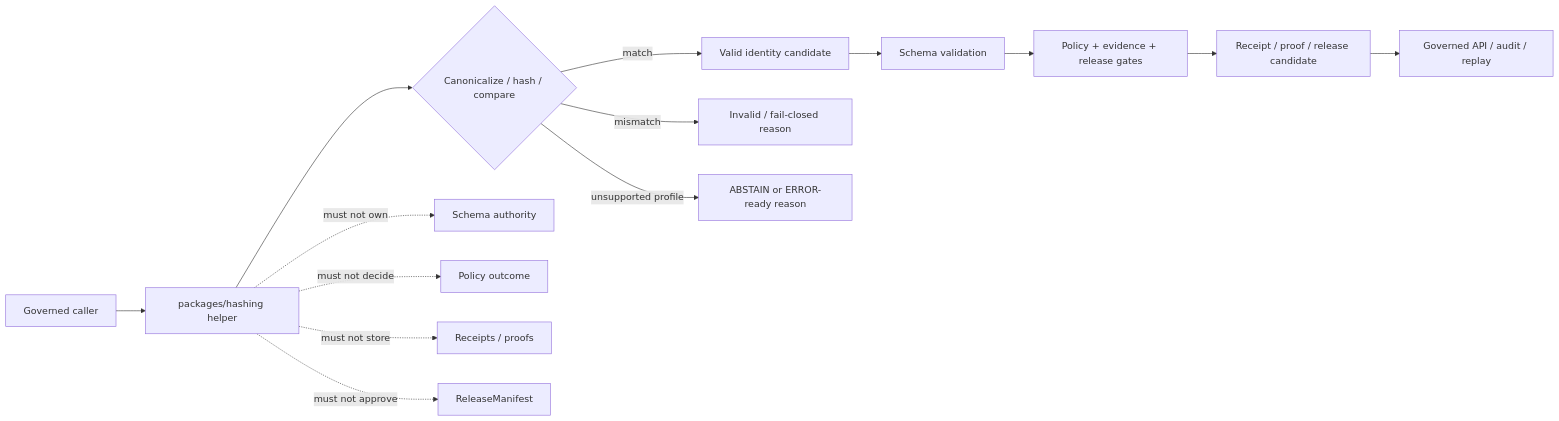
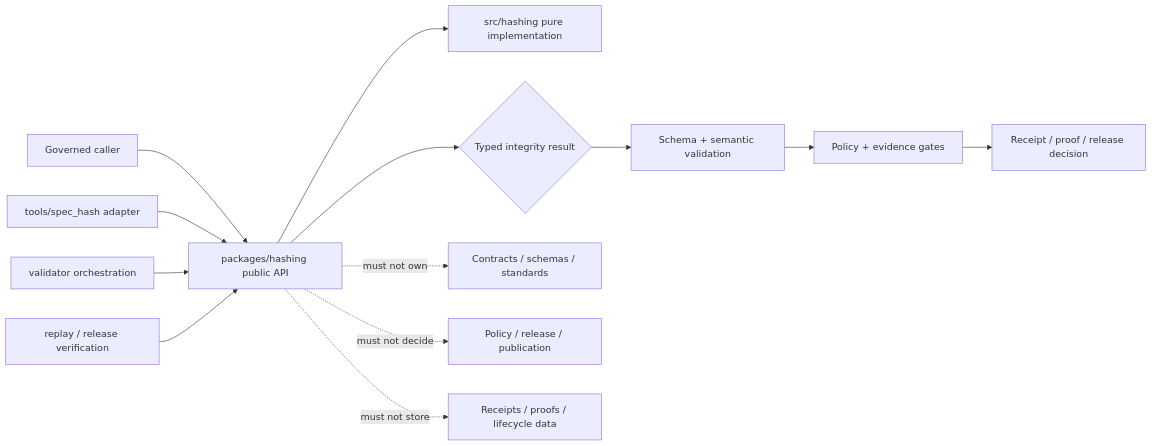
One commit to bartytime4life/Kansas-Frontier-Matrix changed the diagram in packages/hashing/README.md. Above: the diagram before and after it, drawn with Mermaid. The commit also changed other lines of this file, not shown here.

Commit message:
docs(hashing): ground package boundary

````diff
--- a/packages/hashing/README.md
+++ b/packages/hashing/README.md
@@ -194,17 +625,17 @@
 ```mermaid
 flowchart LR
-    A[Governed caller] --> B[packages/hashing helper]
-    B --> C{Canonicalize / hash / compare}
-    C -->|match| D[Valid identity candidate]
-    C -->|mismatch| E[Invalid / fail-closed reason]
-    C -->|unsupported profile| F[ABSTAIN or ERROR-ready reason]
-    D --> G[Schema validation]
-    G --> H[Policy + evidence + release gates]
-    H --> I[Receipt / proof / release candidate]
-    I --> J[Governed API / audit / replay]
+    C[Governed caller] --> P[packages/hashing public API]
+    P --> S[src/hashing pure implementation]
+    T[tools/spec_hash adapter] --> P
+    V[validator orchestration] --> P
+    R[replay / release verification] --> P
 
-    B -. must not own .-> K[Schema authority]
-    B -. must not decide .-> L[Policy outcome]
-    B -. must not store .-> M[Receipts / proofs]
-    B -. must not approve .-> N[ReleaseManifest]
+    P --> O{Typed integrity result}
+    O --> SV[Schema + semantic validation]
+    SV --> PE[Policy + evidence gates]
+    PE --> RR[Receipt / proof / release decision]
+
+    P -. must not own .-> A[Contracts / schemas / standards]
+    P -. must not decide .-> B[Policy / release / publication]
+    P -. must not store .-> D[Receipts / proofs / lifecycle data]
 ```
````
